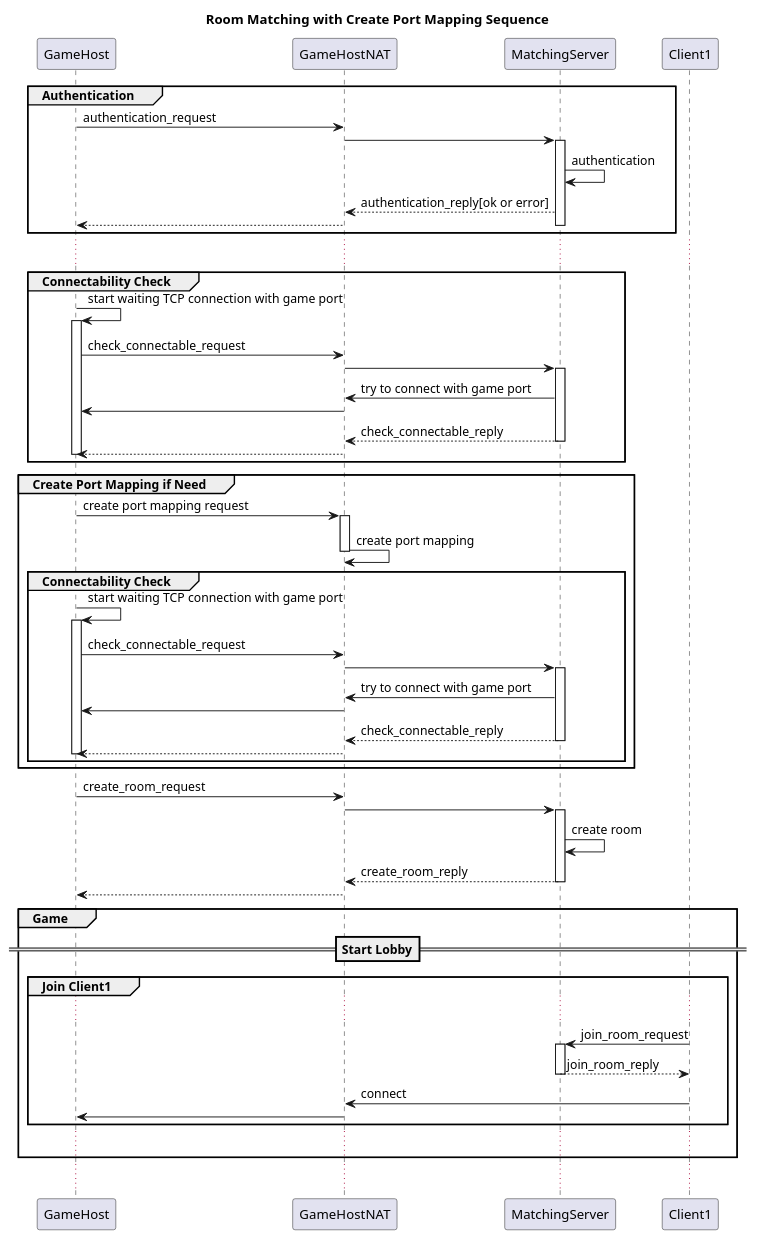
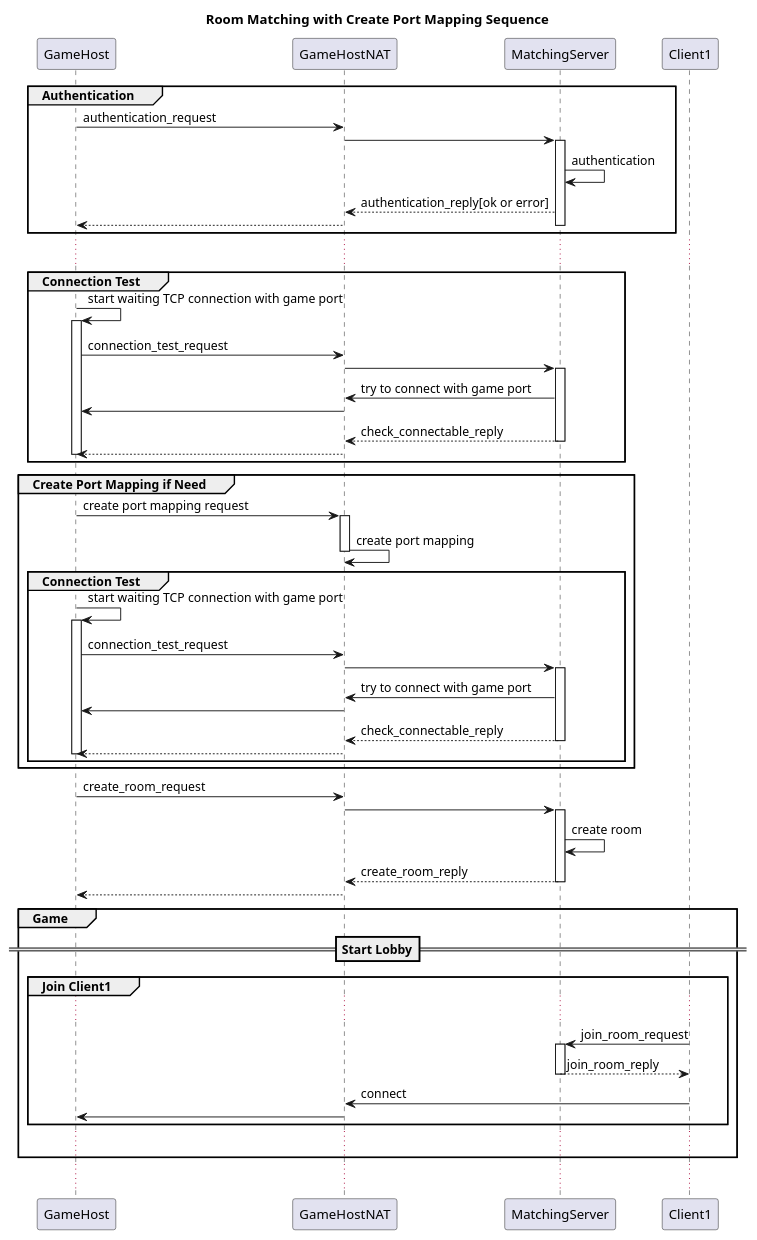
Before and after one commit to CdecPGL/PlanetaMatchMaker: the diagram in Documents/room_matching_with_create_port_mapping_sequence copy.plantuml, drawn with PlantUML. The commit also changed 11 other files, not shown here.

```diff
--- a/Documents/room_matching_with_create_port_mapping_sequence copy.plantuml
+++ b/Documents/room_matching_with_create_port_mapping_sequence copy.plantuml
@@ -1,89 +1,89 @@
 @startuml
 
 title Room Matching with Create Port Mapping Sequence
 
 participant GameHost
 participant GameHostNAT
 participant MatchingServer
 ' NAT of Client1 is not shown in this diagram because it has no effects.
 participant Client1
 
 group Authentication
 GameHost -> GameHostNAT : authentication_request
 GameHostNAT -> MatchingServer
 activate MatchingServer
 MatchingServer -> MatchingServer: authentication
 MatchingServer --> GameHostNAT : authentication_reply[ok or error]
 GameHostNAT --> GameHost
 deactivate MatchingServer
 end
 
 ...
 
-group Connectability Check
+group Connection Test
 GameHost -> GameHost : start waiting TCP connection with game port
 activate GameHost
-GameHost -> GameHostNAT : check_connectable_request
+GameHost -> GameHostNAT : connection_test_request
 GameHostNAT -> MatchingServer
 activate MatchingServer
 MatchingServer -> GameHostNAT : try to connect with game port
 GameHostNAT -> GameHost
 MatchingServer --> GameHostNAT : check_connectable_reply
 deactivate MatchingServer
 GameHostNAT --> GameHost
 deactivate GameHost
 end
 
 group Create Port Mapping if Need
 GameHost -> GameHostNAT: create port mapping request
 activate GameHostNAT
 GameHostNAT -> GameHostNAT: create port mapping
 deactivate GameHostNAT
 
-group Connectability Check
+group Connection Test
 GameHost -> GameHost : start waiting TCP connection with game port
 activate GameHost
-GameHost -> GameHostNAT : check_connectable_request
+GameHost -> GameHostNAT : connection_test_request
 GameHostNAT -> MatchingServer
 activate MatchingServer
 MatchingServer -> GameHostNAT : try to connect with game port
 GameHostNAT -> GameHost
 MatchingServer --> GameHostNAT : check_connectable_reply
 deactivate MatchingServer
 GameHostNAT --> GameHost
 deactivate GameHost
 end
 end
 
 GameHost -> GameHostNAT : create_room_request
 GameHostNAT -> MatchingServer
 activate MatchingServer
 MatchingServer -> MatchingServer : create room
 MatchingServer --> GameHostNAT : create_room_reply
 deactivate MatchingServer
 GameHostNAT --> GameHost
 
 group Game
 
 ==Start Lobby==
 
 group Join Client1
 
 ...
 
 Client1->MatchingServer : join_room_request
 activate MatchingServer
 MatchingServer --> Client1 : join_room_reply
 deactivate MatchingServer
 Client1->GameHostNAT : connect
 GameHostNAT->GameHost
 
 end
 
 ...
 
 end
 
 ...
 
 @enduml
```
